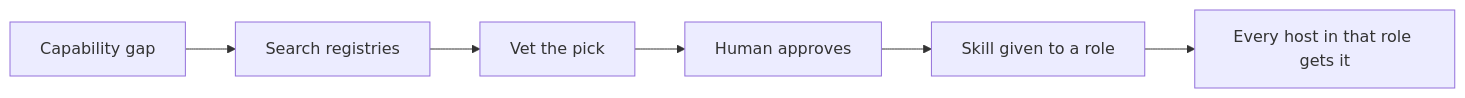
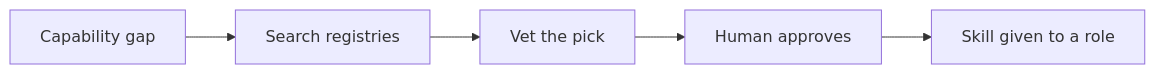
Diagram 20 of 24 in docs/flows/FLOWS.md (trustmybot/tmb), drawn with Mermaid before and after one commit. The commit also changed other lines of this file and 14 other files, not shown here.

Commit message:
📝 docs: flows, adapters, engine, roles and release pages follow the template; several-hosts design removed

````diff
--- a/docs/flows/FLOWS.md
+++ b/docs/flows/FLOWS.md
@@ -288,8 +304,7 @@
 ```mermaid
 flowchart LR
     A["Capability gap"] --> B["Search registries"]
     B --> C["Vet the pick"]
     C --> D["Human approves"]
     D --> E["Skill given to a role"]
-    E --> F["Every host in that role gets it"]
 ```
````
